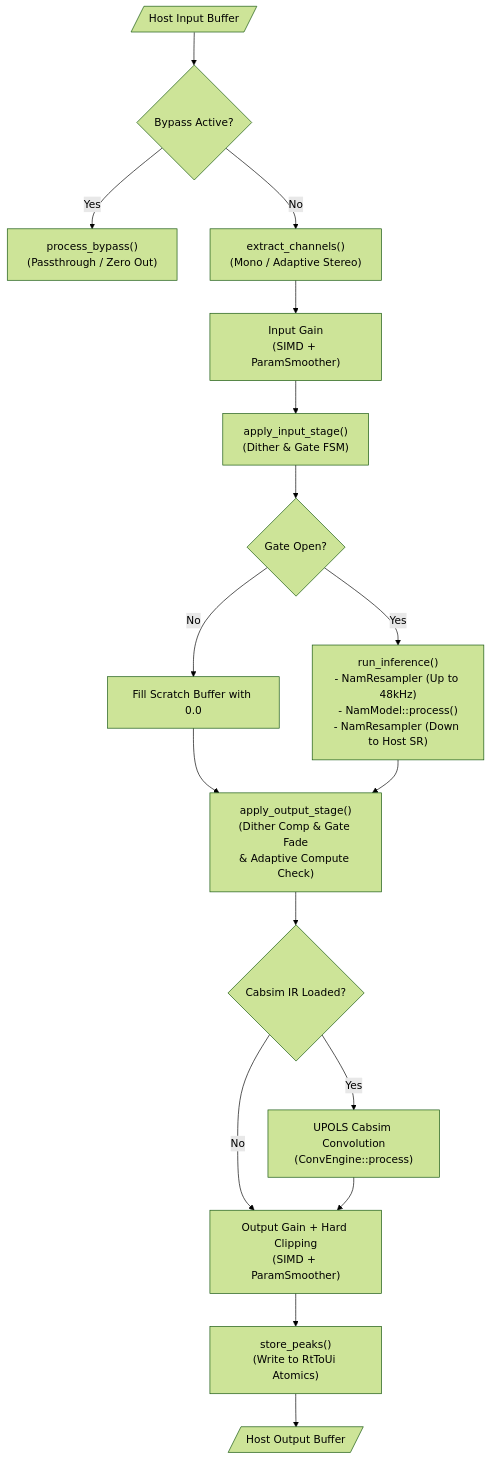
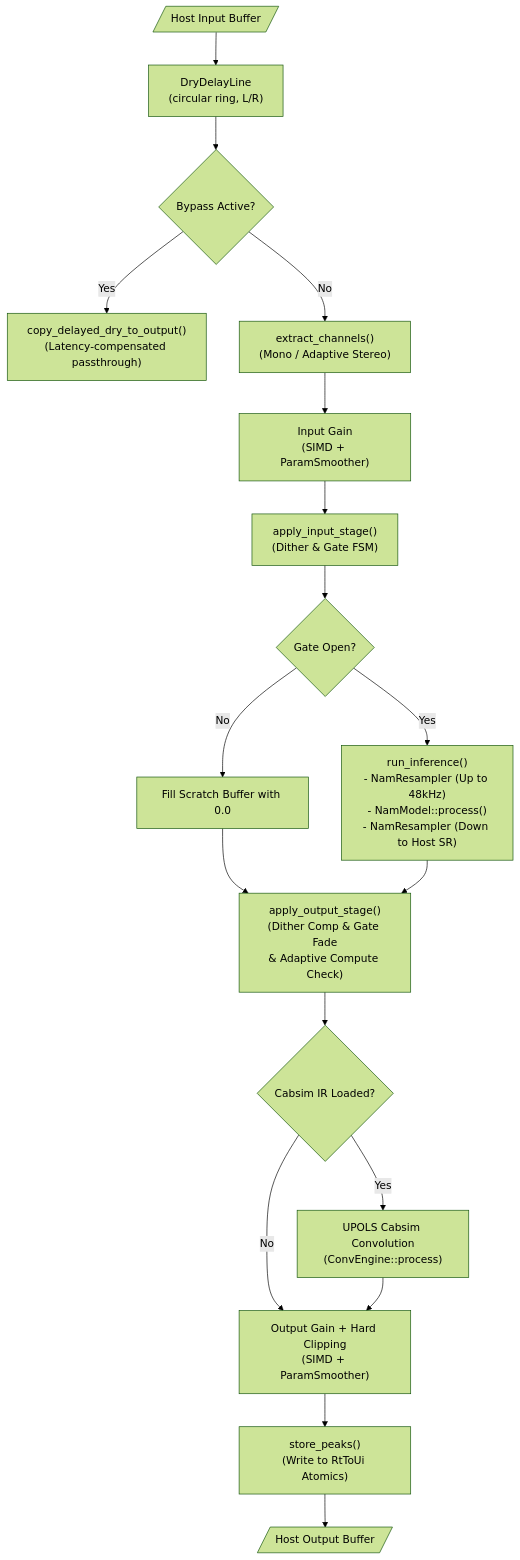
The diagram in docs/architecture.md (fabiohl/NAM-Plug), drawn with Mermaid (forest theme) before and after one commit. The commit also changed other lines of this file and 54 other files, not shown here.

````diff
--- a/docs/architecture.md
+++ b/docs/architecture.md
@@ -322,24 +322,25 @@
 ```mermaid
 graph TD
-    HostInput[/"Host Input Buffer"/] --> BypassCheck{"Bypass Active?"}
-    BypassCheck -->|"Yes"| RunBypass["process_bypass()\n(Passthrough / Zero Out)"]
+    HostInput[/"Host Input Buffer"/] --> DryDelay["DryDelayLine\n(circular ring, L/R)"]
+    DryDelay --> BypassCheck{"Bypass Active?"}
+    BypassCheck -->|"Yes"| RunBypass["copy_delayed_dry_to_output()\n(Latency-compensated passthrough)"]
     BypassCheck -->|"No"| ChanExt["extract_channels()\n(Mono / Adaptive Stereo)"]
 
     ChanExt --> InGain["Input Gain\n(SIMD + ParamSmoother)"]
     InGain --> InStage["apply_input_stage()\n(Dither & Gate FSM)"]
 
     InStage --> GateCheck{"Gate Open?"}
     GateCheck -->|"No"| ZeroBuf["Fill Scratch Buffer with 0.0"]
     GateCheck -->|"Yes"| InferEngine["run_inference()\n- NamResampler (Up to 48kHz)\n- NamModel::process()\n- NamResampler (Down to Host SR)"]
 
     ZeroBuf --> OutStage
     InferEngine --> OutStage["apply_output_stage()\n(Dither Comp & Gate Fade\n& Adaptive Compute Check)"]
 
     OutStage --> CabCheck{"Cabsim IR Loaded?"}
     CabCheck -->|"Yes"| CabConv["UPOLS Cabsim Convolution\n(ConvEngine::process)"]
     CabCheck -->|"No"| OutGain
     CabConv --> OutGain["Output Gain + Hard Clipping\n(SIMD + ParamSmoother)"]
 
     OutGain --> PeakStore["store_peaks()\n(Write to RtToUi Atomics)"]
     PeakStore --> HostOutput[/"Host Output Buffer"/]
 ```
````
